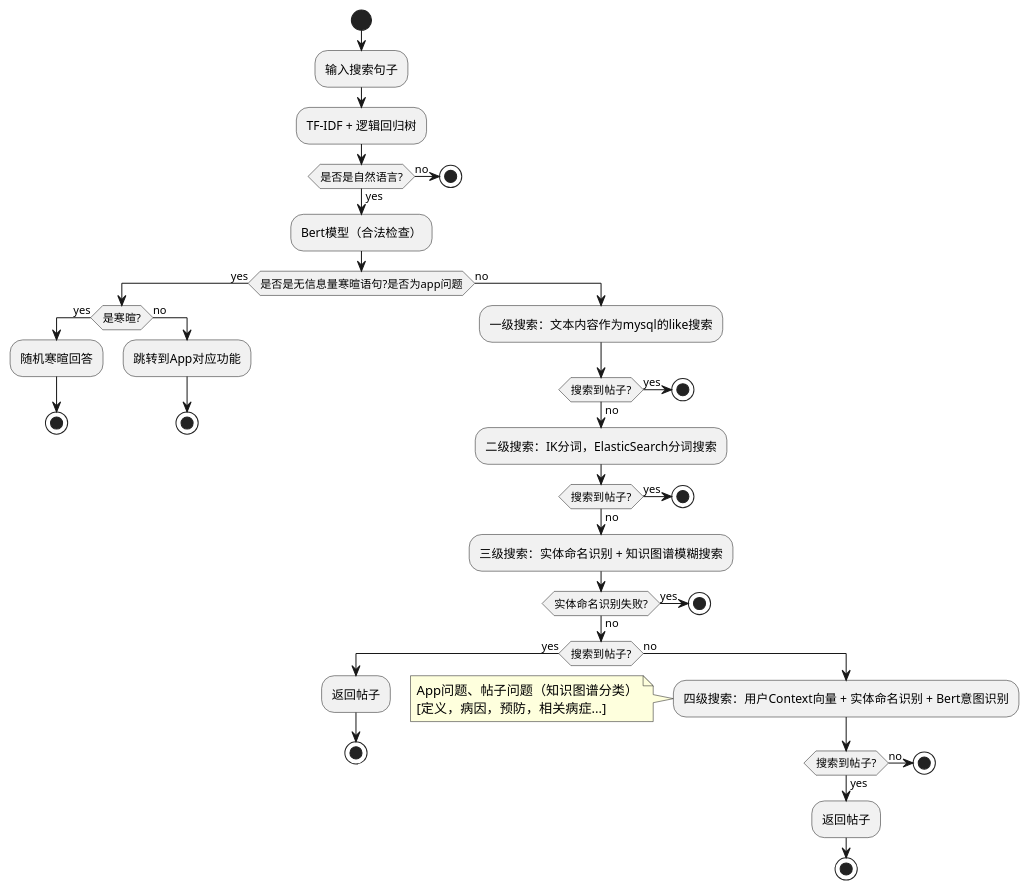
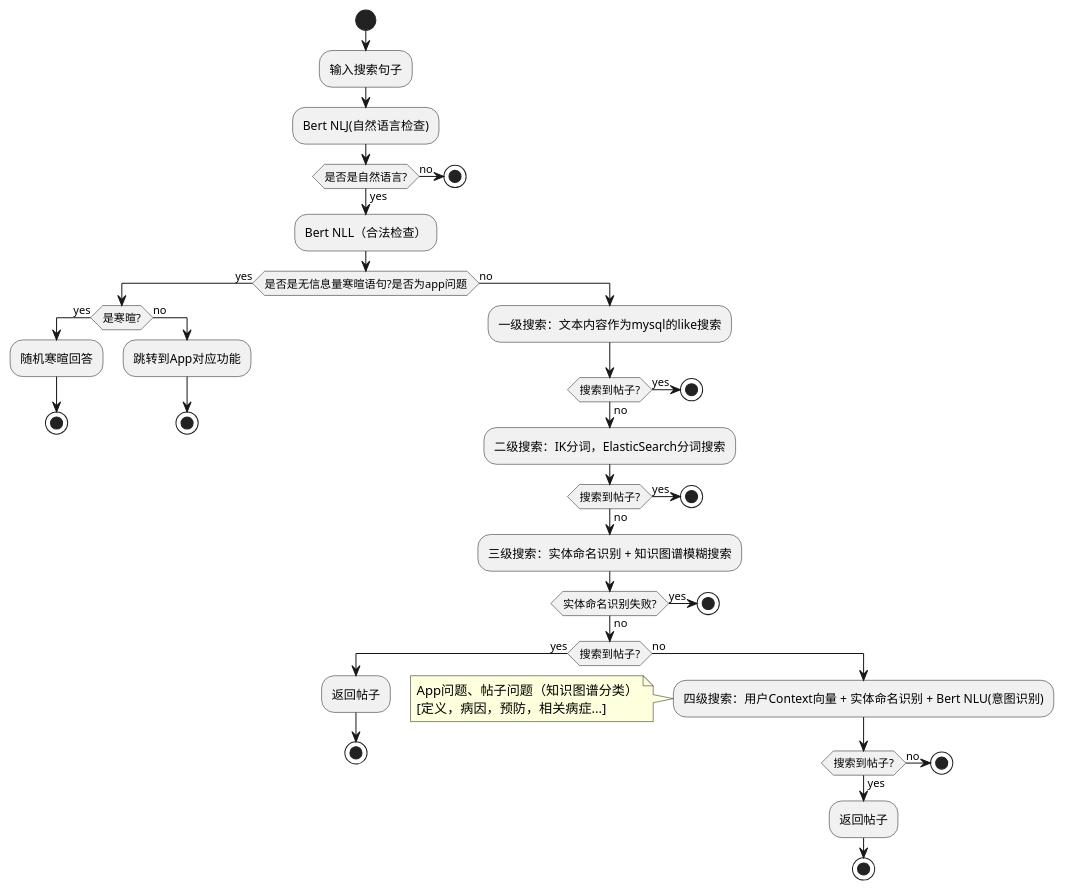
The diagram in spring-server/business/search-service/docs/搜索引擎流程planB.puml (nangong918/SmartMedicine-App), drawn with PlantUML before and after one commit. The commit also changed 1 other file, not shown here.

```diff
--- a/spring-server/business/search-service/docs/搜索引擎流程planB.puml
+++ b/spring-server/business/search-service/docs/搜索引擎流程planB.puml
@@ -1,51 +1,51 @@
 @startuml
 start
 :输入搜索句子;
-:TF-IDF + 逻辑回归树;
+:Bert NLJ(自然语言检查);
 if (是否是自然语言?) then (no)
   stop
 else (yes)
-  :Bert模型（合法检查）;
+  :Bert NLL（合法检查）;
   if (是否是无信息量寒暄语句?是否为app问题) then (yes)
     if (是寒暄?) then (yes)
         :随机寒暄回答;
         stop
     else (no)
         :跳转到App对应功能;
         stop
     endif
   else (no)
       :一级搜索：文本内容作为mysql的like搜索;
       if (搜索到帖子?) then (yes)
         stop
       else (no)
         :二级搜索：IK分词，ElasticSearch分词搜索;
         if (搜索到帖子?) then (yes)
           stop
         else (no)
           :三级搜索：实体命名识别 + 知识图谱模糊搜索;
           if (实体命名识别失败?) then (yes)
             stop
           else (no)
             if (搜索到帖子?) then (yes)
               :返回帖子;
               stop
             else (no)
-              :四级搜索：用户Context向量 + 实体命名识别 + Bert意图识别;
+              :四级搜索：用户Context向量 + 实体命名识别 + Bert NLU(意图识别);
               note
                 App问题、帖子问题（知识图谱分类）
                 [定义，病因，预防，相关病症...]
               end note
               if (搜索到帖子?) then (yes)
                 :返回帖子;
                 stop
               else (no)
                 stop
               endif
             endif
           endif
         endif
       endif
   endif
 endif
 @enduml
```
